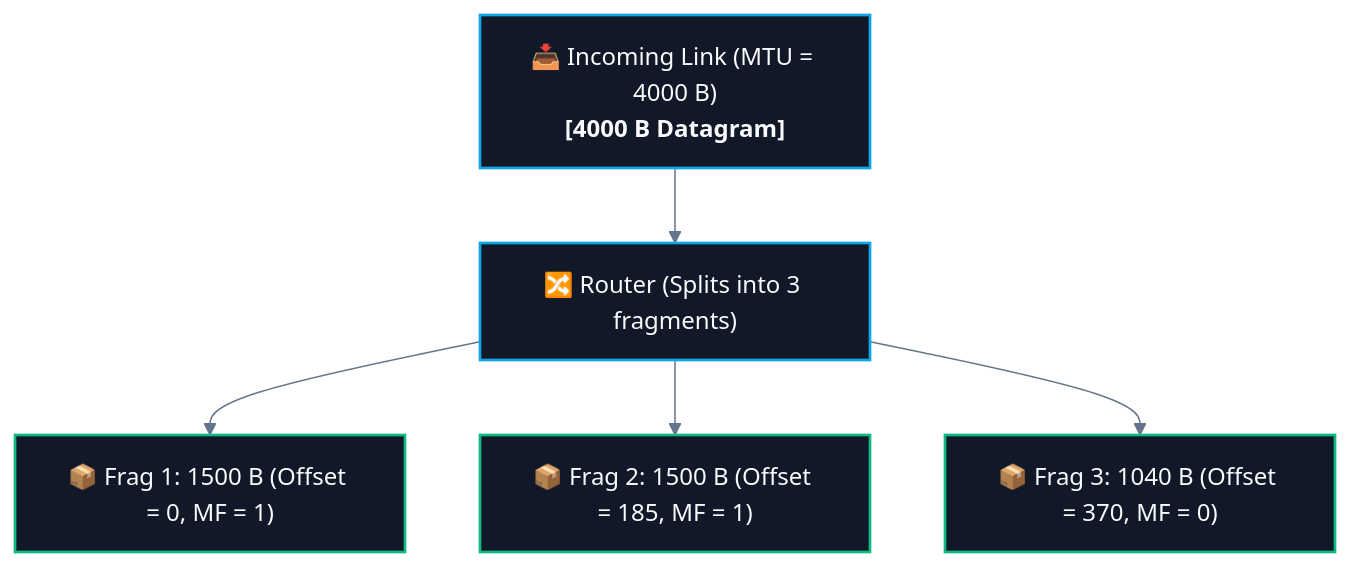
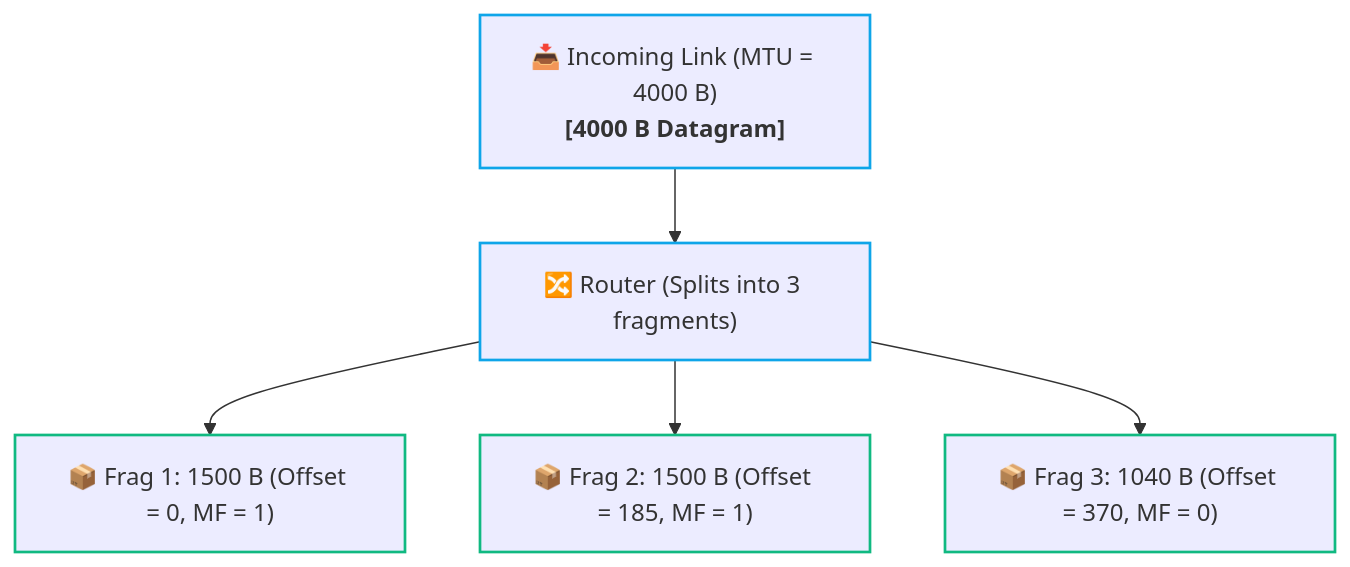
The second of 3 diagrams in CS/Computer Networking/02. Data Flow & Encapsulation/05. MTU and Fragmentation.md (abhinavbharti2345/CS_Notes), drawn with Mermaid before and after one commit. The commit also changed other lines of this file and 91 other files, not shown here.

````diff
--- a/CS/Computer Networking/02. Data Flow & Encapsulation/05. MTU and Fragmentation.md
+++ b/CS/Computer Networking/02. Data Flow & Encapsulation/05. MTU and Fragmentation.md
@@ -62,14 +61,13 @@
 ```mermaid
-%%{init: {'theme': 'base', 'themeVariables': { 'darkMode': true, 'background': '#0B0F14', 'mainBkg': '#111827', 'primaryColor': '#111827', 'primaryTextColor': '#F8FAFC', 'primaryBorderColor': '#38BDF8', 'lineColor': '#64748B', 'secondaryColor': '#0B0F14', 'tertiaryColor': '#0B0F14', 'clusterBkg': '#0B0F14', 'clusterBorder': '#38BDF8' }}}%%
 flowchart TD
     In["📥 Incoming Link (MTU = 4000 B)<br/><b>[4000 B Datagram]</b>"] --> Router["🔀 Router (Splits into 3 fragments)"]
     
     Router --> F1["📦 Frag 1: 1500 B (Offset = 0, MF = 1)"]
     Router --> F2["📦 Frag 2: 1500 B (Offset = 185, MF = 1)"]
     Router --> F3["📦 Frag 3: 1040 B (Offset = 370, MF = 0)"]
 
-    classDef nodeStyle fill:#111827,stroke:#0ea5e9,stroke-width:1.8px,color:#F8FAFC;
-    classDef fragStyle fill:#111827,stroke:#10b981,stroke-width:1.8px,color:#F8FAFC;
+    classDef nodeStyle stroke:#0ea5e9,stroke-width:1.8px;
+    classDef fragStyle stroke:#10b981,stroke-width:1.8px;
     class In,Router nodeStyle;
     class F1,F2,F3 fragStyle;
 ```
````
